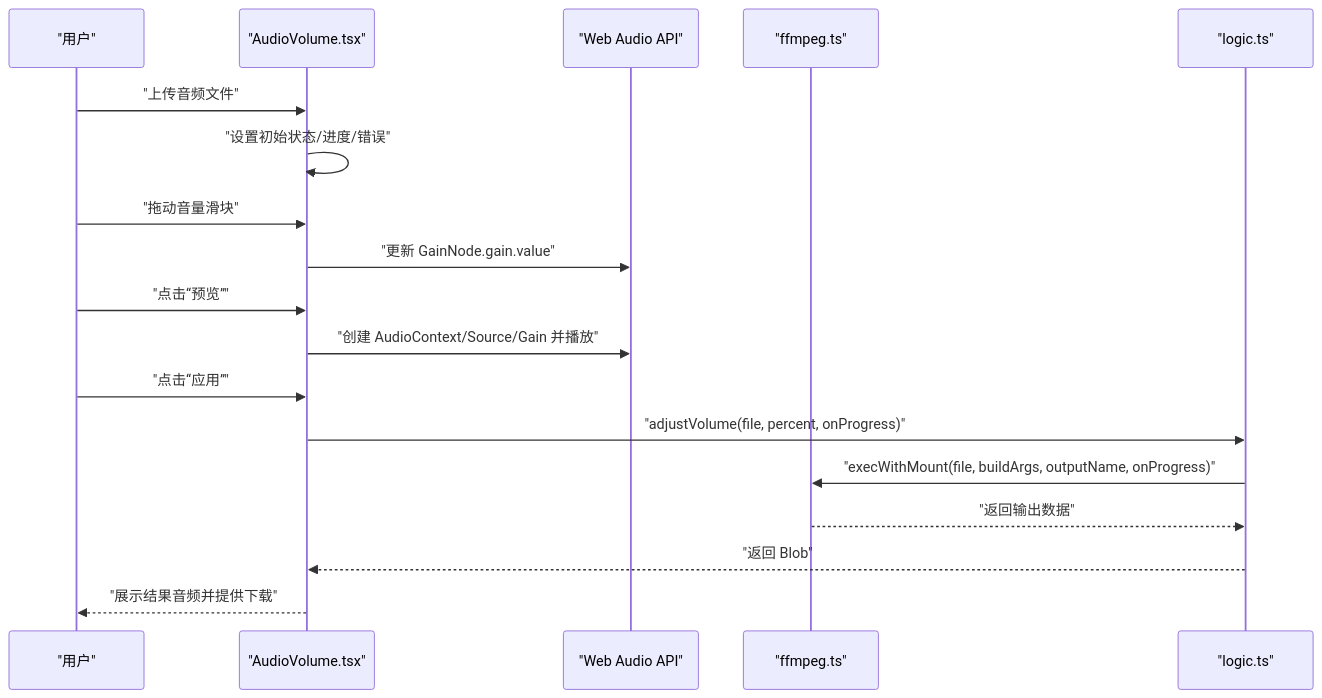
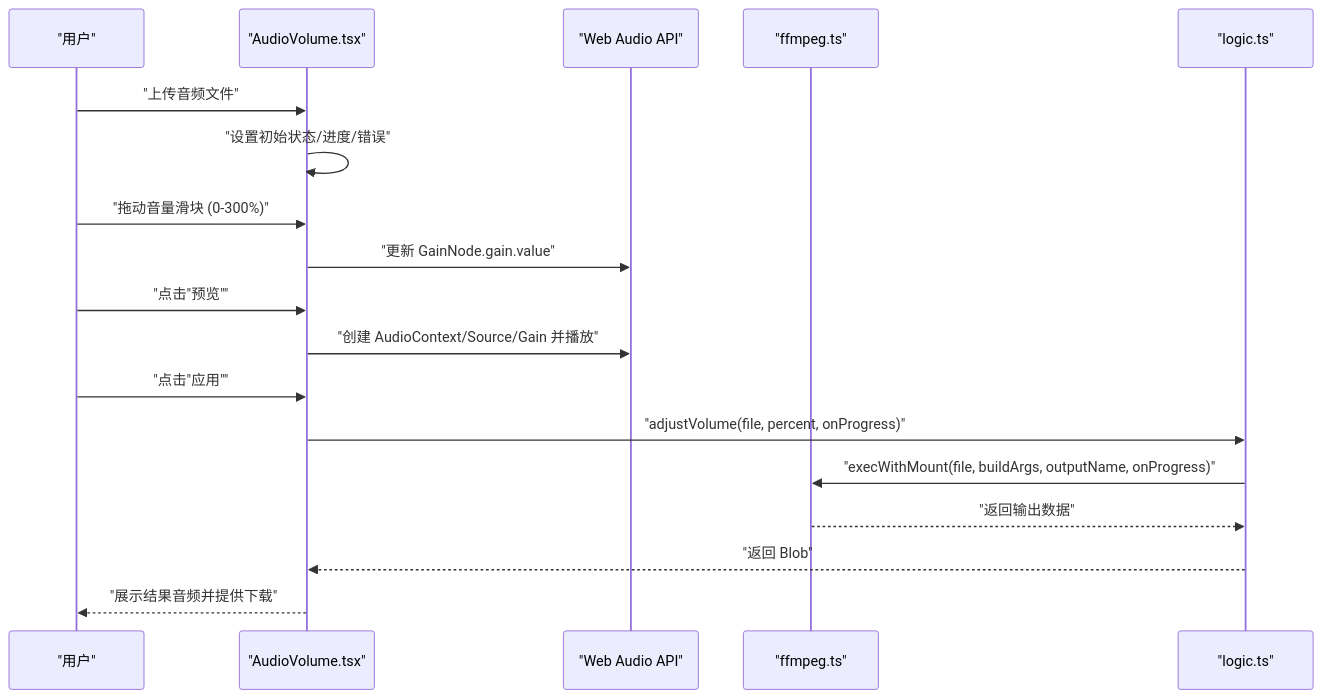
One commit to sgyy/privadeck changed the second of 6 diagrams in .qoder/repowiki/zh/content/音频工具/音量调节.md. Above: the diagram before and after it, drawn with Mermaid. The commit also changed other lines of this file and 2 other files, not shown here.

````diff
--- a/.qoder/repowiki/zh/content/音频工具/音量调节.md
+++ b/.qoder/repowiki/zh/content/音频工具/音量调节.md
@@ -109,20 +123,20 @@
 ```mermaid
 sequenceDiagram
 participant U as "用户"
 participant UI as "AudioVolume.tsx"
 participant WA as "Web Audio API"
 participant FF as "ffmpeg.ts"
 participant LG as "logic.ts"
 U->>UI : "上传音频文件"
 UI->>UI : "设置初始状态/进度/错误"
-U->>UI : "拖动音量滑块"
+U->>UI : "拖动音量滑块 (0-300%)"
 UI->>WA : "更新 GainNode.gain.value"
-U->>UI : "点击“预览”"
+U->>UI : "点击"预览""
 UI->>WA : "创建 AudioContext/Source/Gain 并播放"
-U->>UI : "点击“应用”"
+U->>UI : "点击"应用""
 UI->>LG : "adjustVolume(file, percent, onProgress)"
 LG->>FF : "execWithMount(file, buildArgs, outputName, onProgress)"
 FF-->>LG : "返回输出数据"
 LG-->>UI : "返回 Blob"
 UI-->>U : "展示结果音频并提供下载"
 ```
````
